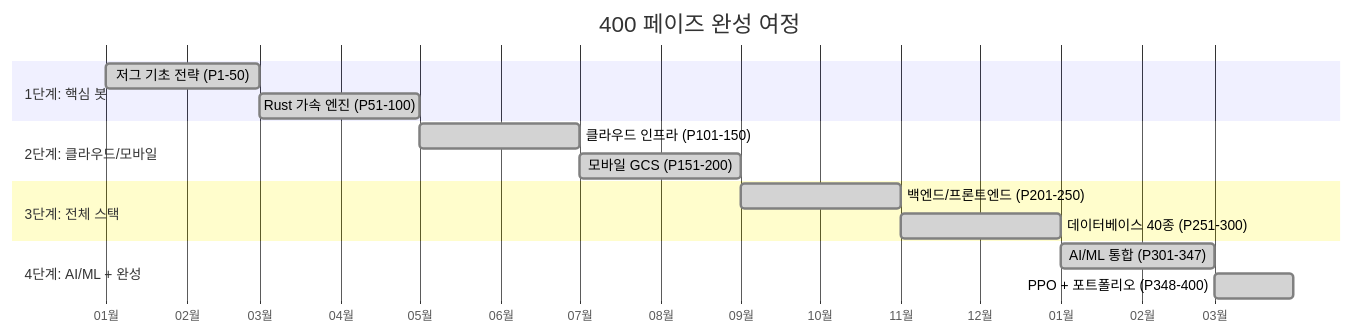
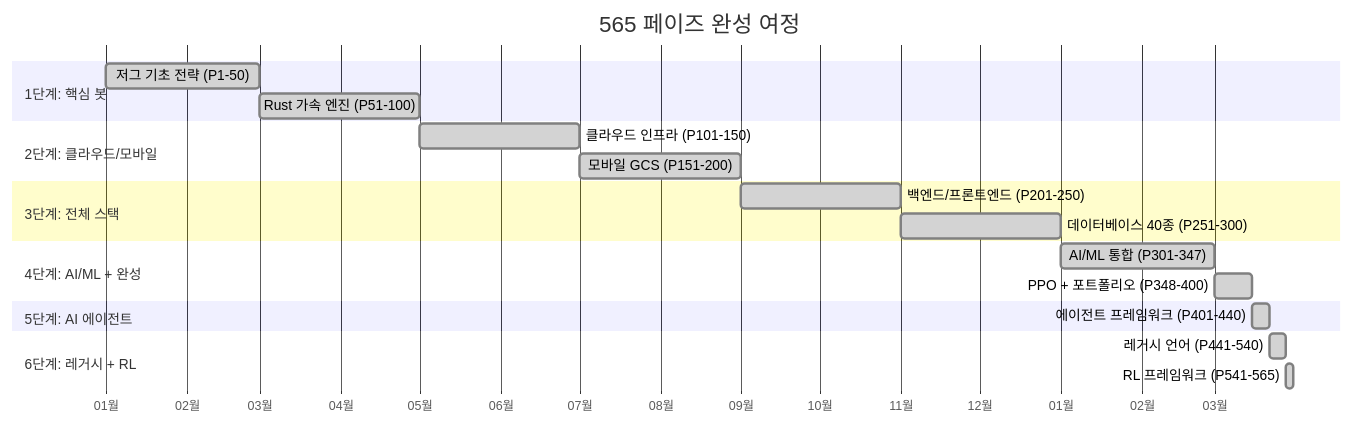
The first of 33 diagrams in README.md (sun475300-sudo/Swarm-control-in-sc2bot), drawn with Mermaid before and after one commit. The commit also changed other lines of this file, not shown here.

````diff
--- a/README.md
+++ b/README.md
@@ -131,22 +218,29 @@
 ```mermaid
 gantt
-    title 400 페이즈 완성 여정
+    title 565 페이즈 완성 여정
     dateFormat YYYY-MM-DD
     axisFormat %m월
 
     section 1단계: 핵심 봇
     저그 기초 전략 (P1-50)       :done, 2025-01-01, 2025-03-01
     Rust 가속 엔진 (P51-100)     :done, 2025-03-01, 2025-05-01
 
     section 2단계: 클라우드/모바일
     클라우드 인프라 (P101-150)   :done, 2025-05-01, 2025-07-01
     모바일 GCS (P151-200)        :done, 2025-07-01, 2025-09-01
 
     section 3단계: 전체 스택
     백엔드/프론트엔드 (P201-250) :done, 2025-09-01, 2025-11-01
     데이터베이스 40종 (P251-300) :done, 2025-11-01, 2026-01-01
 
     section 4단계: AI/ML + 완성
     AI/ML 통합 (P301-347)        :done, 2026-01-01, 2026-03-01
-    PPO + 포트폴리오 (P348-400)  :done, 2026-03-01, 2026-03-31
+    PPO + 포트폴리오 (P348-400)  :done, 2026-03-01, 2026-03-15
+
+    section 5단계: AI 에이전트
+    에이전트 프레임워크 (P401-440):done, 2026-03-15, 2026-03-22
+
+    section 6단계: 레거시 + RL
+    레거시 언어 (P441-540)       :done, 2026-03-22, 2026-03-28
+    RL 프레임워크 (P541-565)     :done, 2026-03-28, 2026-03-31
 ```
````
